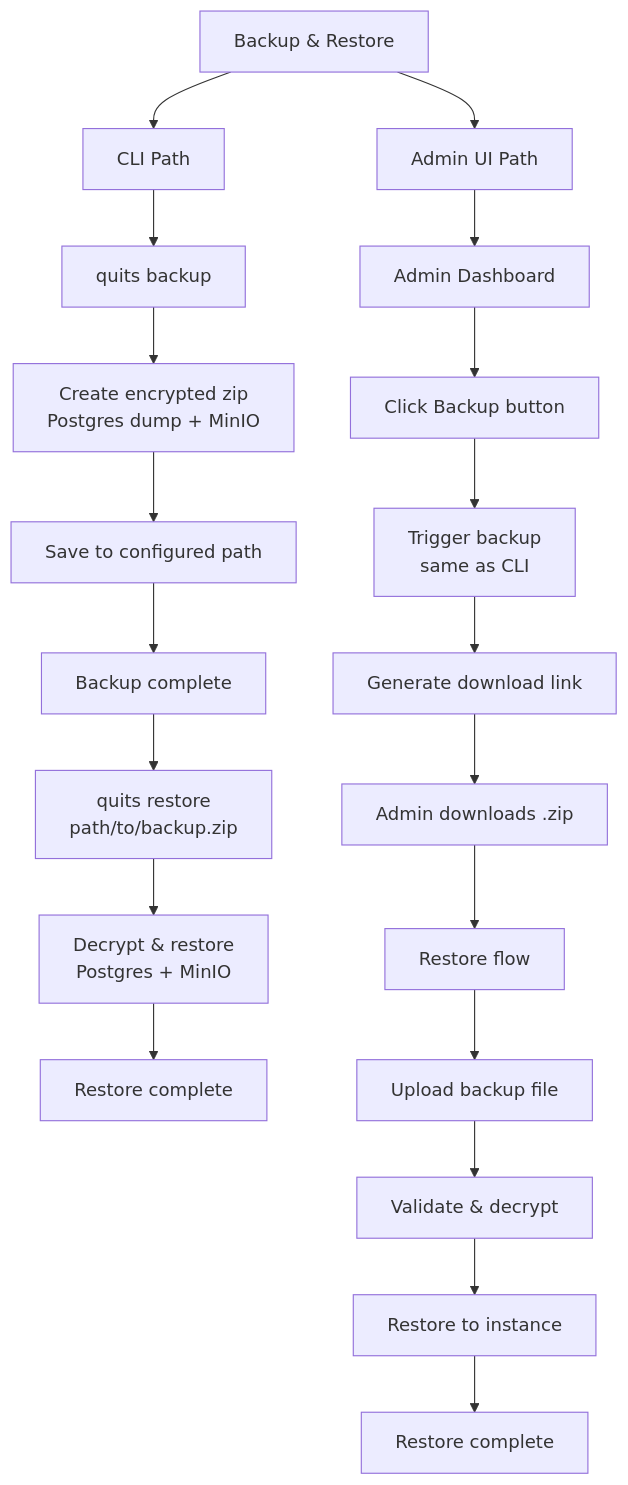
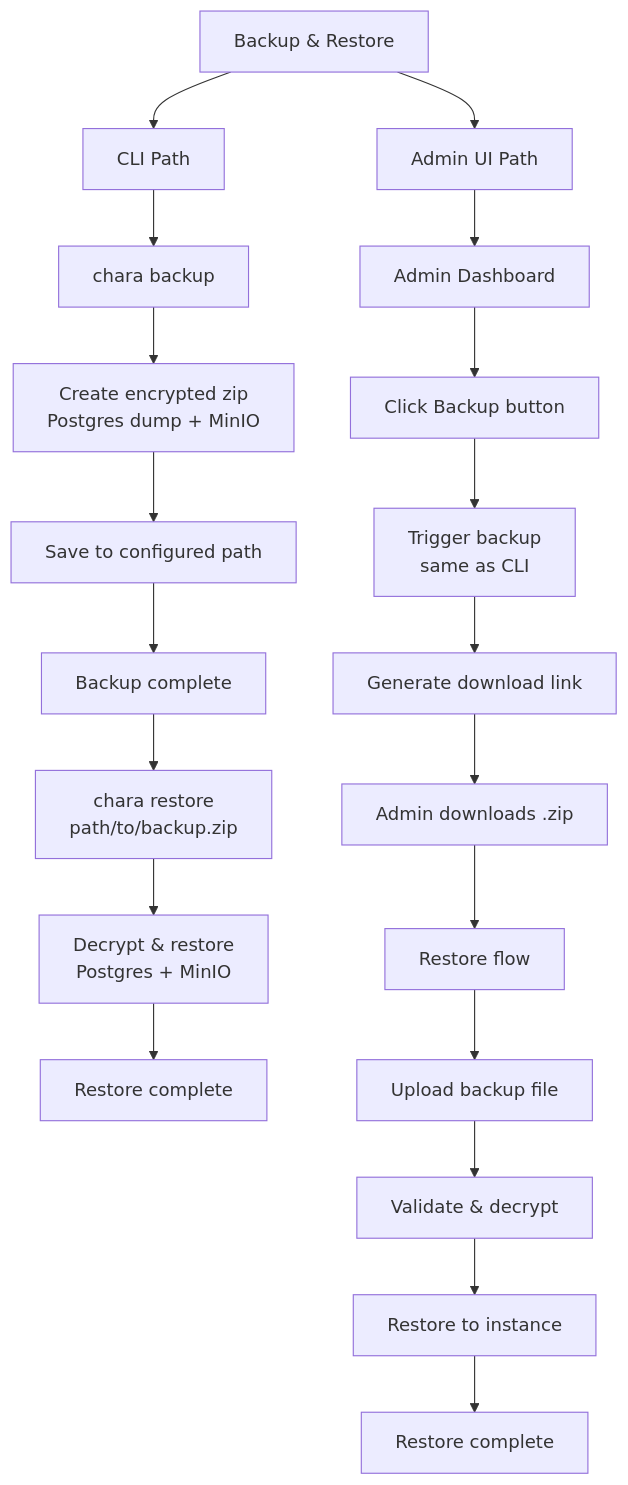
The fourth of 5 diagrams in docs/ux/13-self-host-admin.md (DowLucas/chara), drawn with Mermaid before and after one commit. The commit also changed other lines of this file and 207 other files, not shown here.

````diff
--- a/docs/ux/13-self-host-admin.md
+++ b/docs/ux/13-self-host-admin.md
@@ -92,27 +92,27 @@
 ```mermaid
 flowchart TD
     A["Backup & Restore"]
     A --> B["CLI Path"]
     A --> C["Admin UI Path"]
     
-    B --> B1["quits backup"]
+    B --> B1["chara backup"]
     B1 --> B2["Create encrypted zip<br/>Postgres dump + MinIO"]
     B2 --> B3["Save to configured path"]
     B3 --> B4["Backup complete"]
     
-    B4 --> B5["quits restore<br/>path/to/backup.zip"]
+    B4 --> B5["chara restore<br/>path/to/backup.zip"]
     B5 --> B6["Decrypt & restore<br/>Postgres + MinIO"]
     B6 --> B7["Restore complete"]
     
     C --> C1["Admin Dashboard"]
     C1 --> C2["Click Backup button"]
     C2 --> C3["Trigger backup<br/>same as CLI"]
     C3 --> C4["Generate download link"]
     C4 --> C5["Admin downloads .zip"]
     
     C5 --> C6["Restore flow"]
     C6 --> C7["Upload backup file"]
     C7 --> C8["Validate & decrypt"]
     C8 --> C9["Restore to instance"]
     C9 --> C10["Restore complete"]
 ```
````
